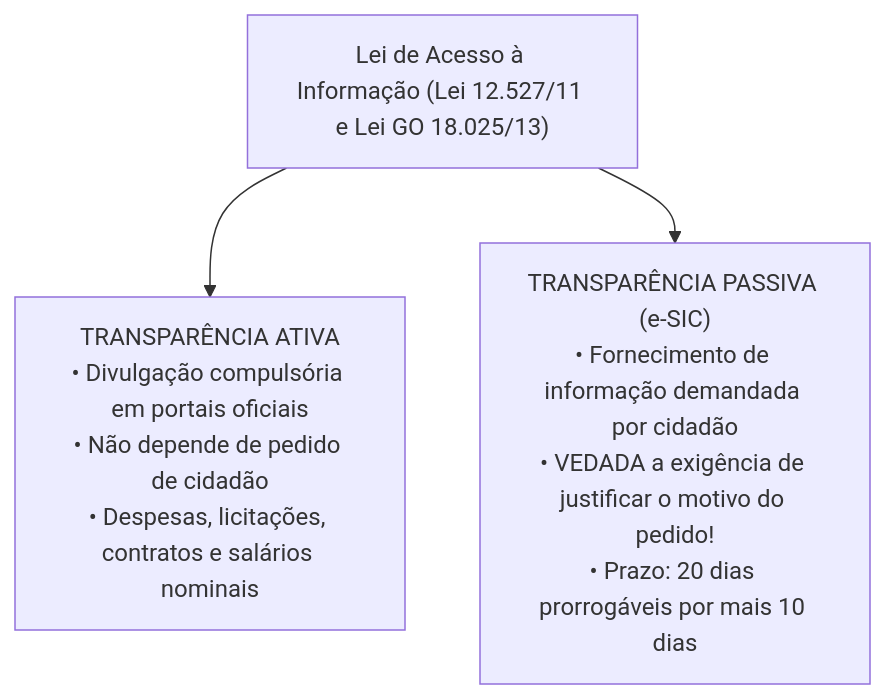
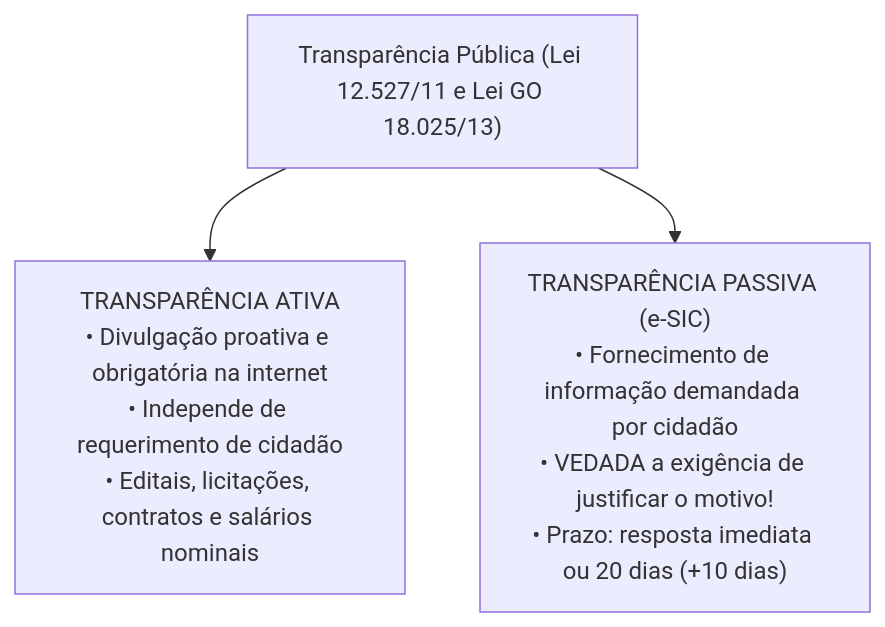
Before and after one commit to thiagosantos346/TCE-GO-2027: the first of 3 diagrams in fontes_de_estudo/conhecimentos_especificos_a01_tecnico_administrativo/15_nocoes_de_direito_administrativo/06_acesso_a_informacao_e_contratos_publicidade.md, drawn with Mermaid. The commit also changed other lines of this file and 119 other files, not shown here.

````diff
--- a/fontes_de_estudo/conhecimentos_especificos_a01_tecnico_administrativo/15_nocoes_de_direito_administrativo/06_acesso_a_informacao_e_contratos_publicidade.md
+++ b/fontes_de_estudo/conhecimentos_especificos_a01_tecnico_administrativo/15_nocoes_de_direito_administrativo/06_acesso_a_informacao_e_contratos_publicidade.md
@@ -59,5 +55,8 @@
 ```mermaid
 flowchart TD
-    LAI["Lei de Acesso à Informação (Lei 12.527/11 e Lei GO 18.025/13)"] --> ATIVA["TRANSPARÊNCIA ATIVA<br/>• Divulgação compulsória em portais oficiais<br/>• Não depende de pedido de cidadão<br/>• Despesas, licitações, contratos e salários nominais"]
-    LAI --> PASSIVA["TRANSPARÊNCIA PASSIVA (e-SIC)<br/>• Fornecimento de informação demandada por cidadão<br/>• VEDADA a exigência de justificar o motivo do pedido!<br/>• Prazo: 20 dias prorrogáveis por mais 10 dias"]
+    LAI["Transparência Pública (Lei 12.527/11 e Lei GO 18.025/13)"]
+    
+    LAI --> ATIVA["TRANSPARÊNCIA ATIVA<br/>• Divulgação proativa e obrigatória na internet<br/>• Independe de requerimento de cidadão<br/>• Editais, licitações, contratos e salários nominais"]
+    
+    LAI --> PASSIVA["TRANSPARÊNCIA PASSIVA (e-SIC)<br/>• Fornecimento de informação demandada por cidadão<br/>• VEDADA a exigência de justificar o motivo!<br/>• Prazo: resposta imediata ou 20 dias (+10 dias)"]
 ```
````
